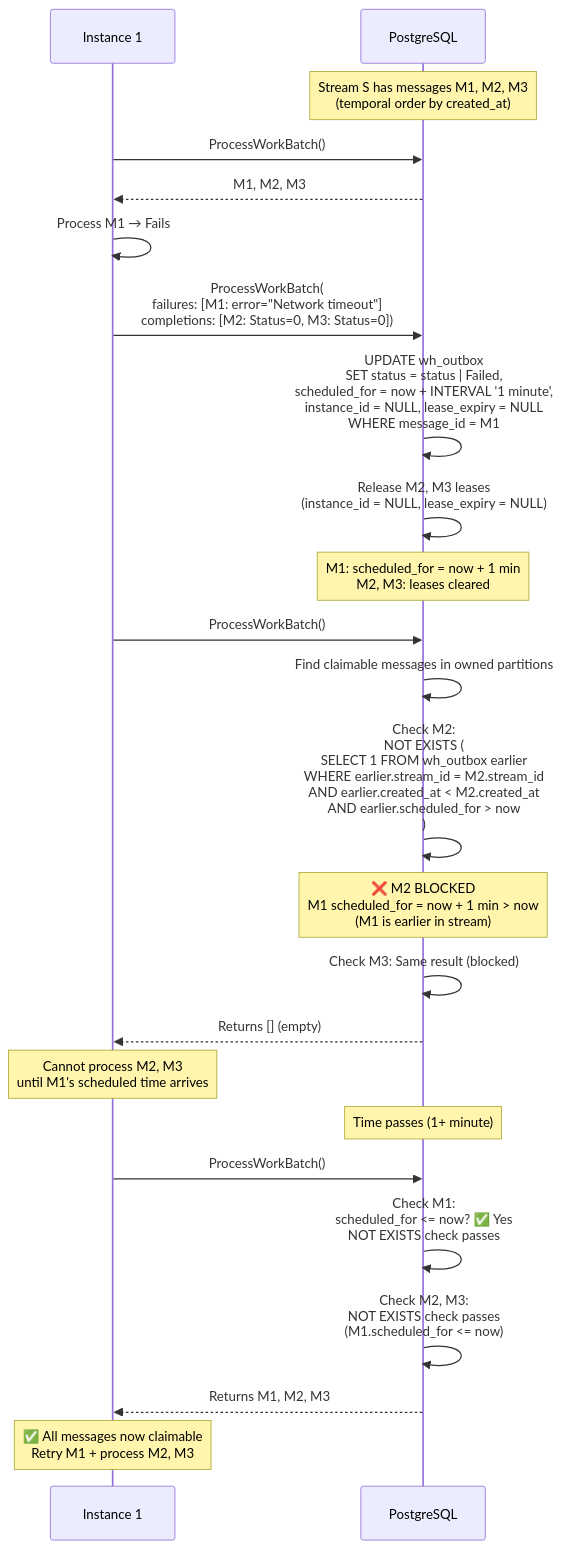
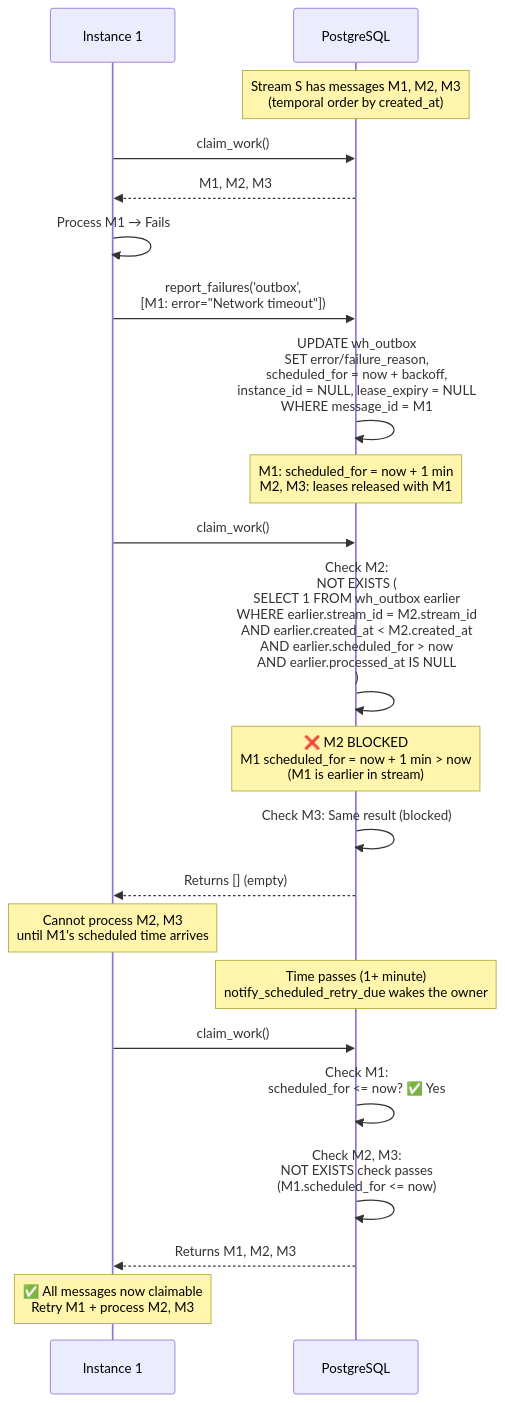
The fifth of 12 diagrams in src/assets/docs/v1.0.0/messaging/multi-instance-coordination.md (whizbang-lib/whizbang-lib.github.io), drawn with Mermaid before and after one commit. The commit also changed other lines of this file and 7 other files, not shown here.

````diff
--- a/src/assets/docs/v1.0.0/messaging/multi-instance-coordination.md
+++ b/src/assets/docs/v1.0.0/messaging/multi-instance-coordination.md
@@ -199,34 +208,32 @@
 ```mermaid
 sequenceDiagram
     participant I1 as Instance 1
     participant DB as PostgreSQL
 
     Note over DB: Stream S has messages M1, M2, M3<br/>(temporal order by created_at)
 
-    I1->>DB: ProcessWorkBatch()
+    I1->>DB: claim_work()
     DB-->>I1: M1, M2, M3
 
     I1->>I1: Process M1 → Fails
-    I1->>DB: ProcessWorkBatch(<br/>failures: [M1: error="Network timeout"]<br/>completions: [M2: Status=0, M3: Status=0])
-    DB->>DB: UPDATE wh_outbox<br/>SET status = status | Failed,<br/>scheduled_for = now + INTERVAL '1 minute',<br/>instance_id = NULL, lease_expiry = NULL<br/>WHERE message_id = M1
-    DB->>DB: Release M2, M3 leases<br/>(instance_id = NULL, lease_expiry = NULL)
-    Note over DB: M1: scheduled_for = now + 1 min<br/>M2, M3: leases cleared
+    I1->>DB: report_failures('outbox',<br/>[M1: error="Network timeout"])
+    DB->>DB: UPDATE wh_outbox<br/>SET error/failure_reason,<br/>scheduled_for = now + backoff,<br/>instance_id = NULL, lease_expiry = NULL<br/>WHERE message_id = M1
+    Note over DB: M1: scheduled_for = now + 1 min<br/>M2, M3: leases released with M1
 
-    I1->>DB: ProcessWorkBatch()
-    DB->>DB: Find claimable messages in owned partitions
-    DB->>DB: Check M2:<br/>NOT EXISTS (<br/>  SELECT 1 FROM wh_outbox earlier<br/>  WHERE earlier.stream_id = M2.stream_id<br/>  AND earlier.created_at < M2.created_at<br/>  AND earlier.scheduled_for > now<br/>)
+    I1->>DB: claim_work()
+    DB->>DB: Check M2:<br/>NOT EXISTS (<br/>  SELECT 1 FROM wh_outbox earlier<br/>  WHERE earlier.stream_id = M2.stream_id<br/>  AND earlier.created_at < M2.created_at<br/>  AND earlier.scheduled_for > now<br/>  AND earlier.processed_at IS NULL<br/>)
     Note over DB: ❌ M2 BLOCKED<br/>M1 scheduled_for = now + 1 min > now<br/>(M1 is earlier in stream)
     DB->>DB: Check M3: Same result (blocked)
     DB-->>I1: Returns [] (empty)
 
     Note over I1: Cannot process M2, M3<br/>until M1's scheduled time arrives
 
-    Note over DB: Time passes (1+ minute)
+    Note over DB: Time passes (1+ minute)<br/>notify_scheduled_retry_due wakes the owner
 
-    I1->>DB: ProcessWorkBatch()
-    DB->>DB: Check M1:<br/>scheduled_for <= now? ✅ Yes<br/>NOT EXISTS check passes
+    I1->>DB: claim_work()
+    DB->>DB: Check M1:<br/>scheduled_for <= now? ✅ Yes
     DB->>DB: Check M2, M3:<br/>NOT EXISTS check passes<br/>(M1.scheduled_for <= now)
     DB-->>I1: Returns M1, M2, M3
 
     Note over I1: ✅ All messages now claimable<br/>Retry M1 + process M2, M3
 ```
````
